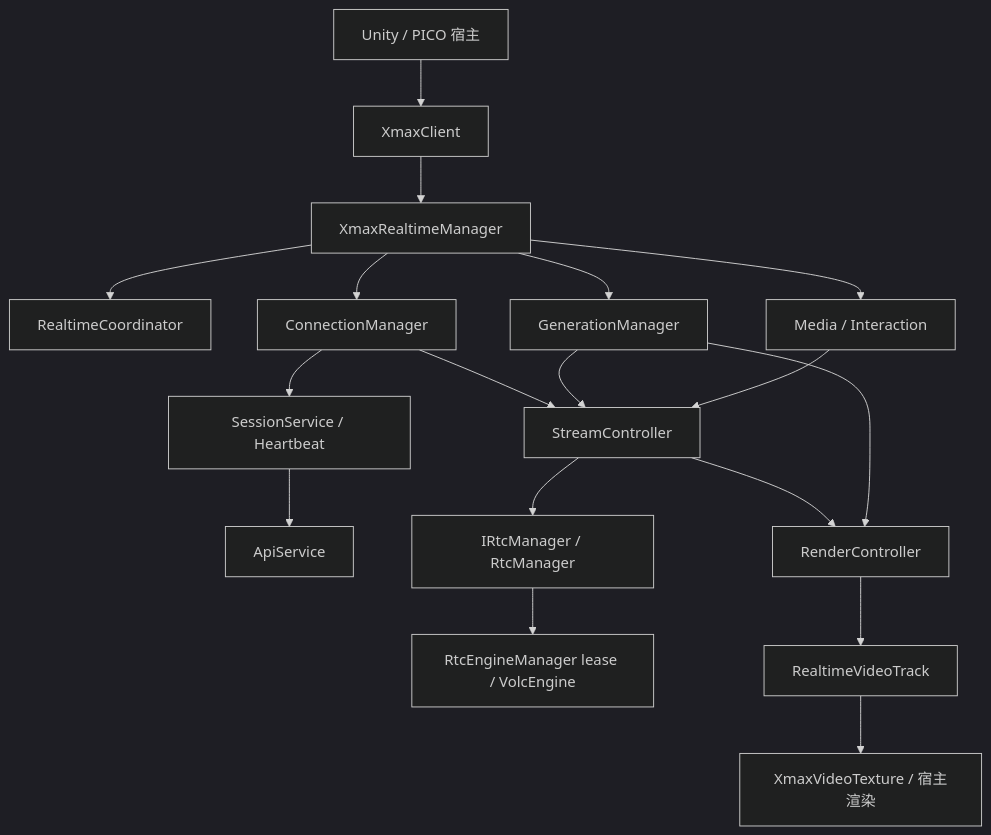
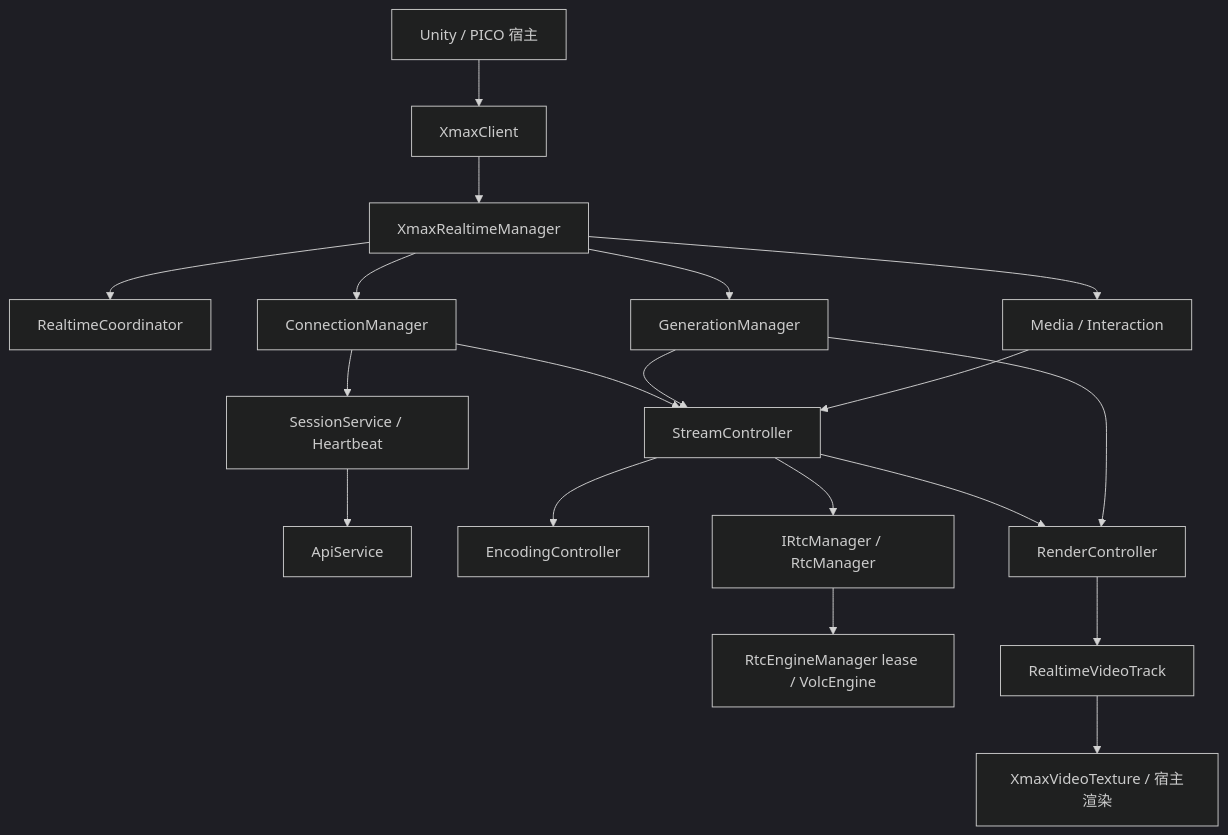
One commit to XingMai/XmaxSDK-Unity changed the diagram in ARCHITECTURE.md. Above: the diagram before and after it, drawn with Mermaid (dark theme). The commit also changed other lines of this file and 17 other files, not shown here.

Commit message:
feat: add realtime encoding controller and bitrate configuration

````diff
--- a/ARCHITECTURE.md
+++ b/ARCHITECTURE.md
@@ -18,20 +18,21 @@
 ```mermaid
 flowchart TD
     App[Unity / PICO 宿主] --> Client[XmaxClient]
     Client --> Facade[XmaxRealtimeManager]
     Facade --> Coordinator[RealtimeCoordinator]
     Facade --> Connection[ConnectionManager]
     Facade --> Generation[GenerationManager]
     Facade --> Media[Media / Interaction]
     Connection --> Session[SessionService / Heartbeat]
     Session --> API[ApiService]
     Connection --> Stream[StreamController]
     Generation --> Stream
     Media --> Stream
+    Stream --> Encoding[EncodingController]
     Stream --> RTC[IRtcManager / RtcManager]
     RTC --> Engine[RtcEngineManager lease / VolcEngine]
     Stream --> Render[RenderController]
     Generation --> Render
     Render --> Track[RealtimeVideoTrack]
     Track --> Texture[XmaxVideoTexture / 宿主渲染]
 ```
````
